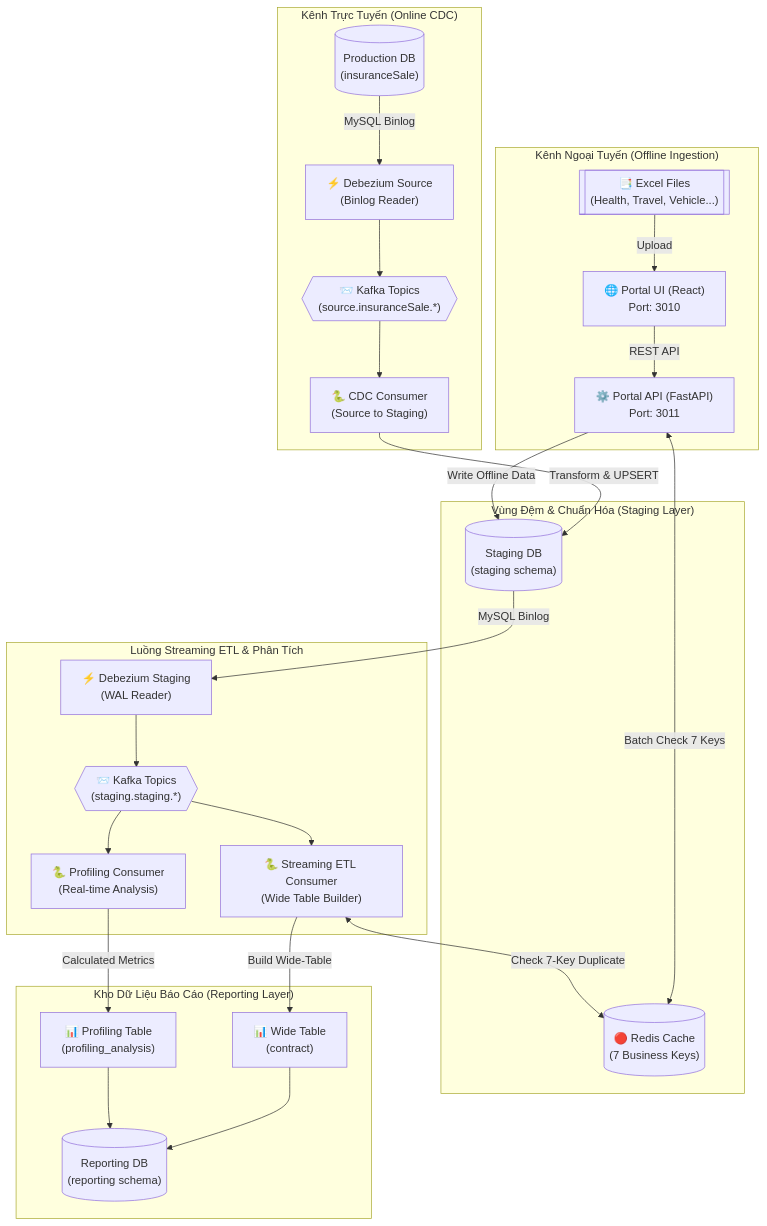
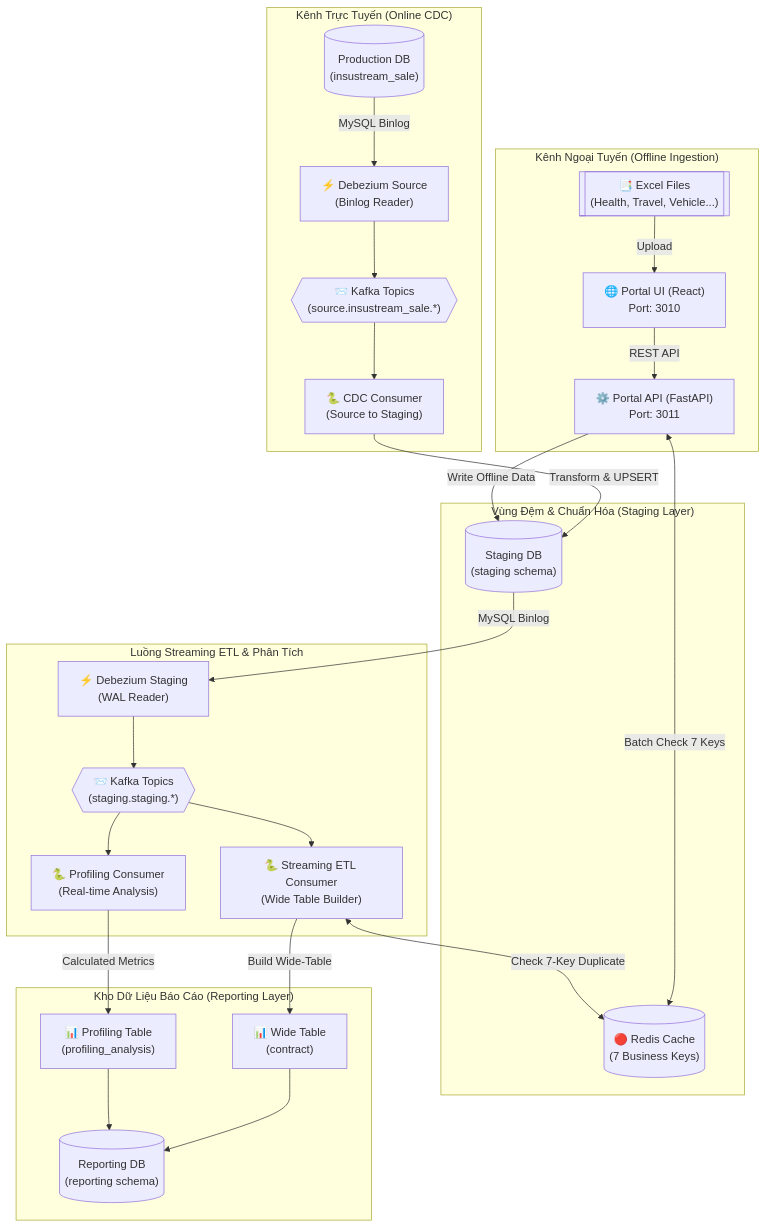
Before and after one commit to phatle224/hybrid-data-ingestion-streaming-platform: the diagram in README.md, drawn with Mermaid. The commit also changed 8 other files, not shown here.

````diff
--- a/README.md
+++ b/README.md
@@ -17,59 +17,59 @@
 ```mermaid
 flowchart TB
     subgraph "Kênh Trực Tuyến (Online CDC)"
-        SRC_DB[("Production DB<br/>(insuranceSale)")]
+        SRC_DB[("Production DB<br/>(insustream_sale)")]
         DBZ_SRC["⚡ Debezium Source<br/>(Binlog Reader)"]
-        KF_SRC{{"📨 Kafka Topics<br/>(source.insuranceSale.*)"}}
+        KF_SRC{{"📨 Kafka Topics<br/>(source.insustream_sale.*)"}}
         CDC_CONS["🐍 CDC Consumer<br/>(Source to Staging)"]
     end
 
     subgraph "Kênh Ngoại Tuyến (Offline Ingestion)"
         EXCEL[["📑 Excel Files<br/>(Health, Travel, Vehicle...)"]]
         PORTAL_FE["🌐 Portal UI (React)<br/>Port: 3010"]
         PORTAL_BE["⚙️ Portal API (FastAPI)<br/>Port: 3011"]
     end
 
     subgraph "Vùng Đệm & Chuẩn Hóa (Staging Layer)"
         STG_DB[("Staging DB<br/>(staging schema)")]
         REDIS_CACHE[("🔴 Redis Cache<br/>(7 Business Keys)")]
     end
 
     subgraph "Luồng Streaming ETL & Phân Tích"
         DBZ_STG["⚡ Debezium Staging<br/>(WAL Reader)"]
         KF_STG{{"📨 Kafka Topics<br/>(staging.staging.*)"}}
         ETL_CONS["🐍 Streaming ETL Consumer<br/>(Wide Table Builder)"]
         PROF_CONS["🐍 Profiling Consumer<br/>(Real-time Analysis)"]
     end
 
     subgraph "Kho Dữ Liệu Báo Cáo (Reporting Layer)"
         RPT_DB[("Reporting DB<br/>(reporting schema)")]
         WIDE_TAB["📊 Wide Table<br/>(contract)"]
         PROF_TAB["📊 Profiling Table<br/>(profiling_analysis)"]
     end
 
     %% Kênh Online
     SRC_DB -->|MySQL Binlog| DBZ_SRC
     DBZ_SRC --> KF_SRC
     KF_SRC --> CDC_CONS
     CDC_CONS -->|Transform & UPSERT| STG_DB
 
     %% Kênh Offline
     EXCEL -->|Upload| PORTAL_FE
     PORTAL_FE -->|REST API| PORTAL_BE
     PORTAL_BE <-->|Batch Check 7 Keys| REDIS_CACHE
     PORTAL_BE -->|Write Offline Data| STG_DB
 
     %% Phân tách Staging & Reporting
     STG_DB -->|MySQL Binlog| DBZ_STG
     DBZ_STG --> KF_STG
     
     KF_STG --> ETL_CONS
     KF_STG --> PROF_CONS
 
     ETL_CONS <-->|Check 7-Key Duplicate| REDIS_CACHE
     ETL_CONS -->|Build Wide-Table| WIDE_TAB
     PROF_CONS -->|Calculated Metrics| PROF_TAB
     
     WIDE_TAB --> RPT_DB
     PROF_TAB --> RPT_DB
 ```
````
